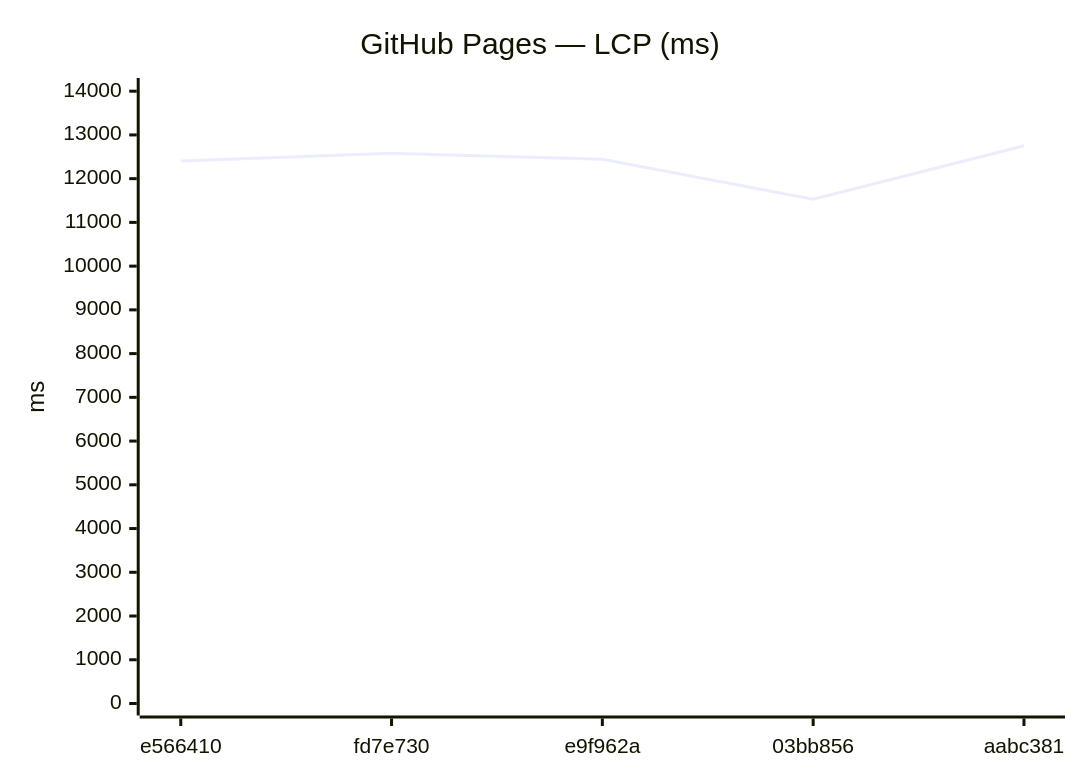
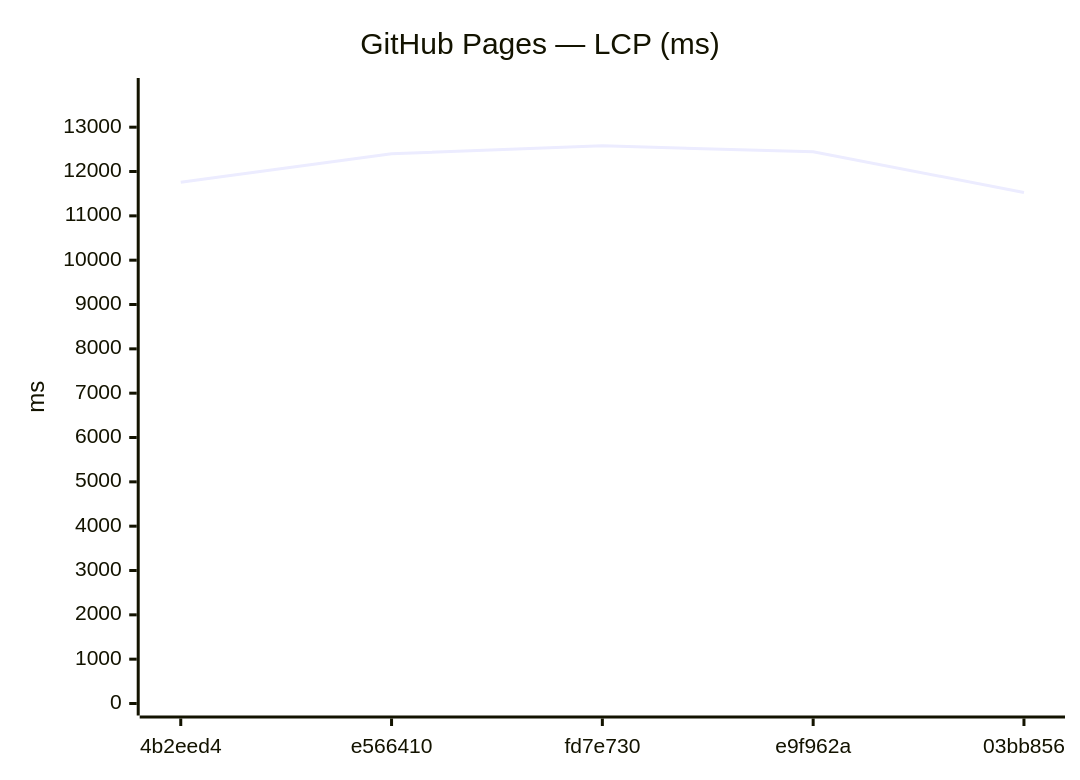
The ninth of 18 diagrams in benchmarks/compare.md (Metaheurist/Rianell), drawn with Mermaid before and after one commit. The commit also changed other lines of this file and 11 other files, not shown here.

````diff
--- a/benchmarks/compare.md
+++ b/benchmarks/compare.md
@@ -142,7 +142,7 @@
 ```mermaid
 xychart-beta
     title "GitHub Pages — LCP (ms)"
-    x-axis ["e566410", "fd7e730", "e9f962a", "03bb856", "aabc381"]
-    y-axis "ms" 0 --> 14027
-    line [12402, 12580, 12444, 11529, 12751]
+    x-axis ["4b2eed4", "e566410", "fd7e730", "e9f962a", "03bb856"]
+    y-axis "ms" 0 --> 13839
+    line [11759, 12402, 12580, 12444, 11529]
 ```
````
